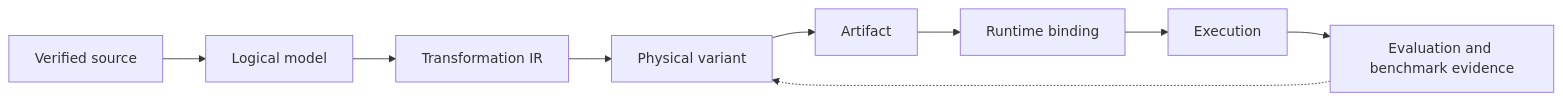
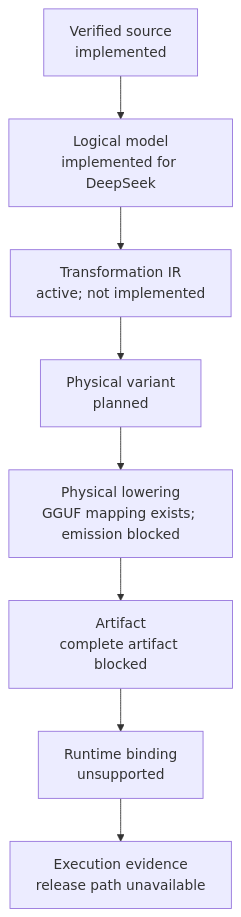
Before and after one commit to yailabs/yvex: the first of 2 diagrams in README.md, drawn with Mermaid. The commit also changed other lines of this file and 1 other file, not shown here.

````diff
--- a/README.md
+++ b/README.md
@@ -30,11 +29,10 @@
 ```mermaid
-flowchart LR
-    S[Verified source] --> L[Logical model]
-    L --> T[Transformation IR]
-    T --> V[Physical variant]
-    V --> A[Artifact]
-    A --> R[Runtime binding]
-    R --> X[Execution]
-    X --> E[Evaluation and benchmark evidence]
-    E -.-> V
+flowchart TD
+    S["Verified source<br/>implemented"] --> M["Logical model<br/>implemented for DeepSeek"]
+    M --> T["Transformation IR<br/>active; not implemented"]
+    T --> V["Physical variant<br/>planned"]
+    V --> L["Physical lowering<br/>GGUF mapping exists; emission blocked"]
+    L --> A["Artifact<br/>complete artifact blocked"]
+    A --> R["Runtime binding<br/>unsupported"]
+    R --> E["Execution evidence<br/>release path unavailable"]
 ```
````
